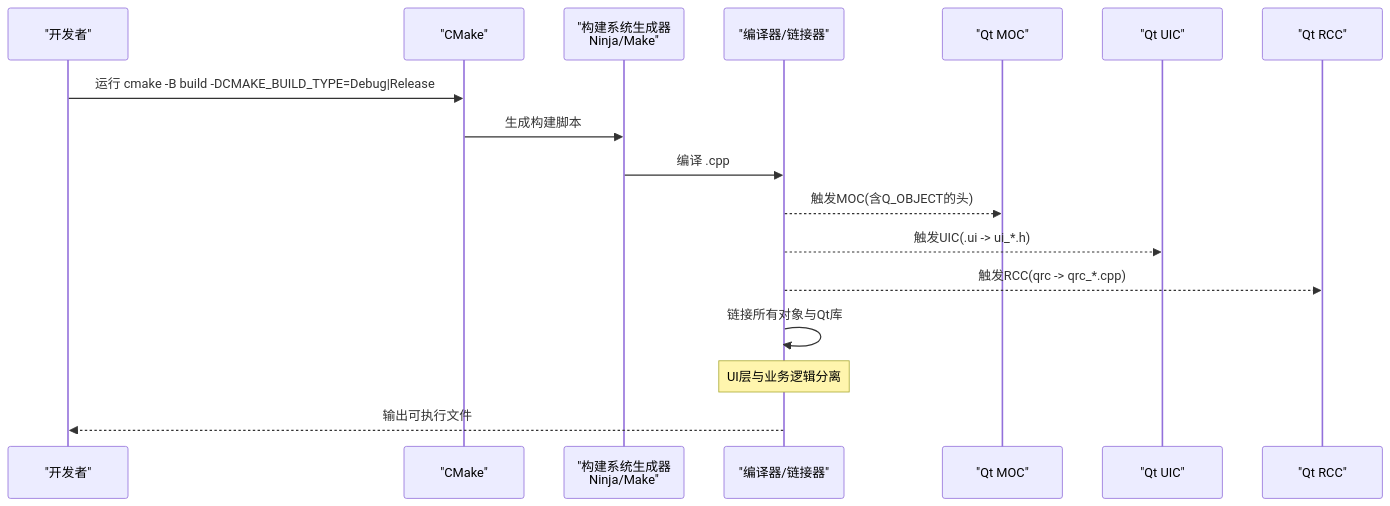
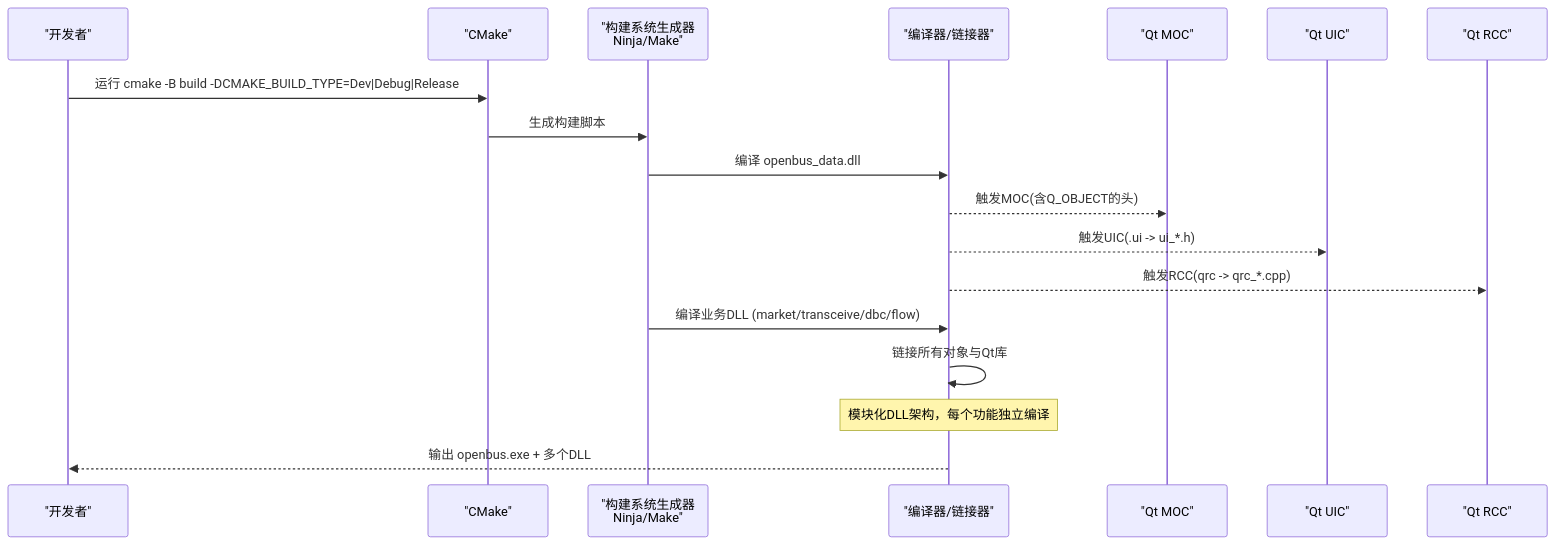
Before and after one commit to jakecai1225-design/OpenBus: the second of 4 diagrams in .qoder/repowiki/zh/content/构建和部署/构建流程/构建流程.md, drawn with Mermaid. The commit also changed other lines of this file and 177 other files, not shown here.

````diff
--- a/.qoder/repowiki/zh/content/构建和部署/构建流程/构建流程.md
+++ b/.qoder/repowiki/zh/content/构建和部署/构建流程/构建流程.md
@@ -103,19 +121,20 @@
 ```mermaid
 sequenceDiagram
 participant Dev as "开发者"
 participant CMake as "CMake"
 participant Generator as "构建系统生成器<br/>Ninja/Make"
 participant CC as "编译器/链接器"
 participant MOC as "Qt MOC"
 participant UIC as "Qt UIC"
 participant RCC as "Qt RCC"
-Dev->>CMake : 运行 cmake -B build -DCMAKE_BUILD_TYPE=Debug|Release
+Dev->>CMake : 运行 cmake -B build -DCMAKE_BUILD_TYPE=Dev|Debug|Release
 CMake->>Generator : 生成构建脚本
-Generator->>CC : 编译 .cpp
+Generator->>CC : 编译 openbus_data.dll
 CC-->>MOC : 触发MOC(含Q_OBJECT的头)
 CC-->>UIC : 触发UIC(.ui -> ui_*.h)
 CC-->>RCC : 触发RCC(qrc -> qrc_*.cpp)
+Generator->>CC : 编译业务DLL (market/transceive/dbc/flow)
 CC->>CC : 链接所有对象与Qt库
-Note over CC : UI层与业务逻辑分离
-CC-->>Dev : 输出可执行文件
+Note over CC : 模块化DLL架构，每个功能独立编译
+CC-->>Dev : 输出 openbus.exe + 多个DLL
 ```
````
